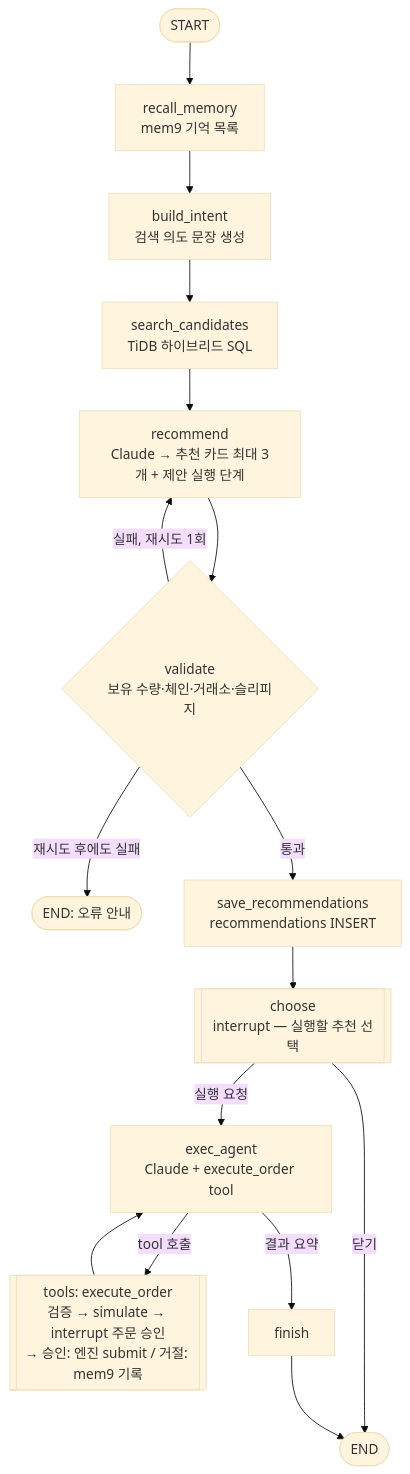
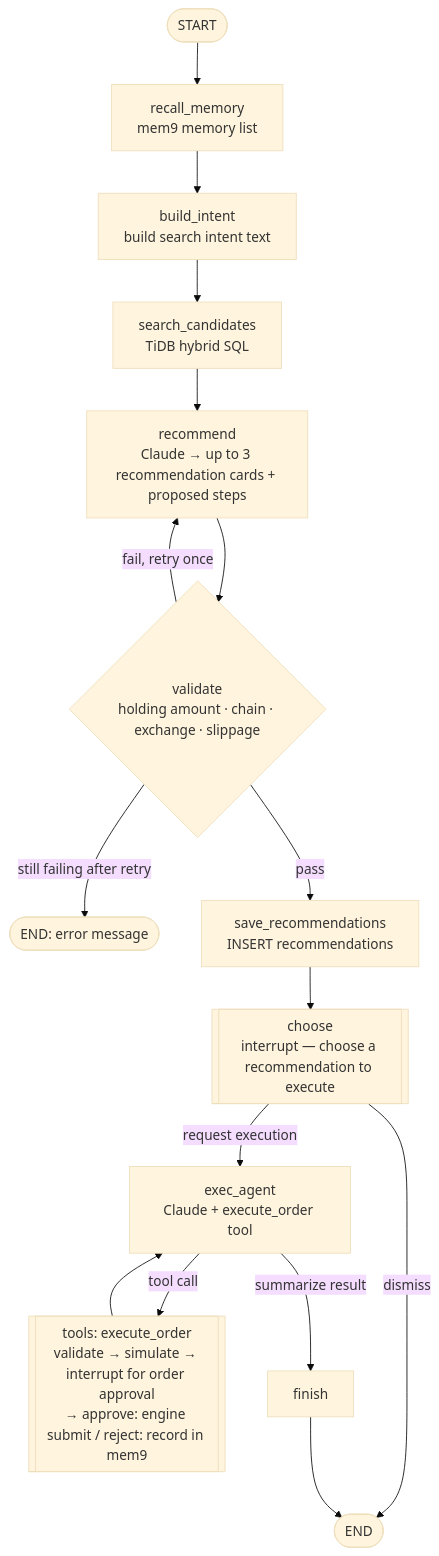
The fourth of 4 diagrams in docs/ARCHITECTURE.md (pdkajonpai-thai/tidb-mem9-demo), drawn with Mermaid (base theme) before and after one commit. The commit also changed other lines of this file and 37 other files, not shown here.

First line of the commit message:
Translate code comments, docstrings, README and ARCHITECTURE.md to English

````diff
--- a/docs/ARCHITECTURE.md
+++ b/docs/ARCHITECTURE.md
@@ -315,17 +315,17 @@
 ```mermaid
 flowchart TD
-  S([START]) --> R[recall_memory<br/>mem9 기억 목록]
-  R --> I[build_intent<br/>검색 의도 문장 생성]
-  I --> Q[search_candidates<br/>TiDB 하이브리드 SQL]
-  Q --> L[recommend<br/>Claude → 추천 카드 최대 3개 + 제안 실행 단계]
-  L --> V{validate<br/>보유 수량·체인·거래소·슬리피지}
-  V -- 실패, 재시도 1회 --> L
-  V -- 재시도 후에도 실패 --> X([END: 오류 안내])
-  V -- 통과 --> P[save_recommendations<br/>recommendations INSERT]
-  P --> C[[choose<br/>interrupt — 실행할 추천 선택]]
-  C -- 닫기 --> F([END])
-  C -- 실행 요청 --> A[exec_agent<br/>Claude + execute_order tool]
-  A -- tool 호출 --> T[[tools: execute_order<br/>검증 → simulate → interrupt 주문 승인<br/>→ 승인: 엔진 submit / 거절: mem9 기록]]
+  S([START]) --> R[recall_memory<br/>mem9 memory list]
+  R --> I[build_intent<br/>build search intent text]
+  I --> Q[search_candidates<br/>TiDB hybrid SQL]
+  Q --> L[recommend<br/>Claude → up to 3 recommendation cards + proposed steps]
+  L --> V{validate<br/>holding amount · chain · exchange · slippage}
+  V -- fail, retry once --> L
+  V -- still failing after retry --> X([END: error message])
+  V -- pass --> P[save_recommendations<br/>INSERT recommendations]
+  P --> C[[choose<br/>interrupt — choose a recommendation to execute]]
+  C -- dismiss --> F([END])
+  C -- request execution --> A[exec_agent<br/>Claude + execute_order tool]
+  A -- tool call --> T[[tools: execute_order<br/>validate → simulate → interrupt for order approval<br/>→ approve: engine submit / reject: record in mem9]]
   T --> A
-  A -- 결과 요약 --> N[finish] --> F
+  A -- summarize result --> N[finish] --> F
 ```
````
